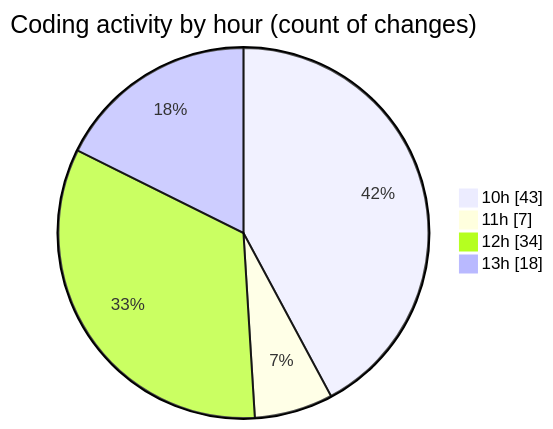
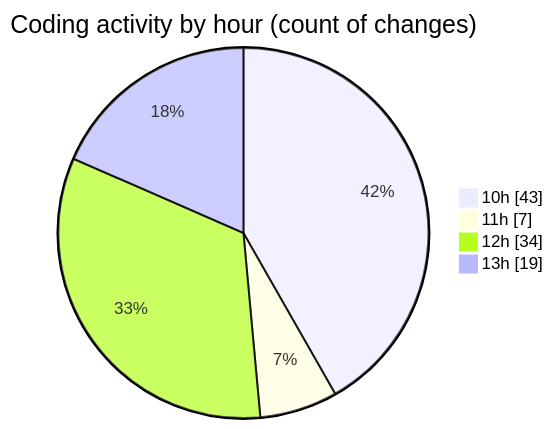
The second of 2 diagrams in 2025-10-29/cda/README.md (momahboobian/code-tracking), drawn with Mermaid before and after one commit. The commit also changed other lines of this file and 1 other file, not shown here.

````diff
--- a/2025-10-29/cda/README.md
+++ b/2025-10-29/cda/README.md
@@ -52,8 +52,8 @@
 ```mermaid
 pie showData
 title Coding activity by hour (count of changes)
 "10h" : 43
 "11h" : 7
 "12h" : 34
-"13h" : 18
+"13h" : 19
 ```
````
